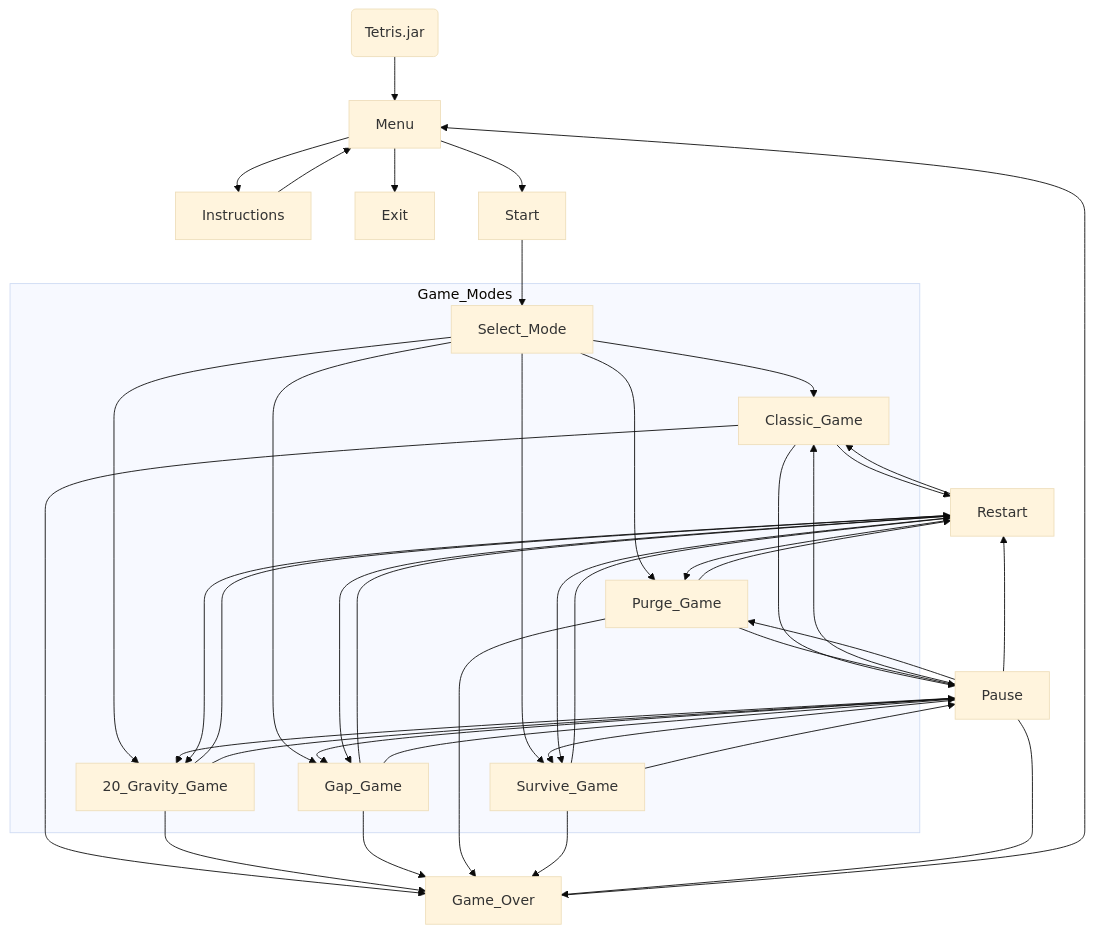
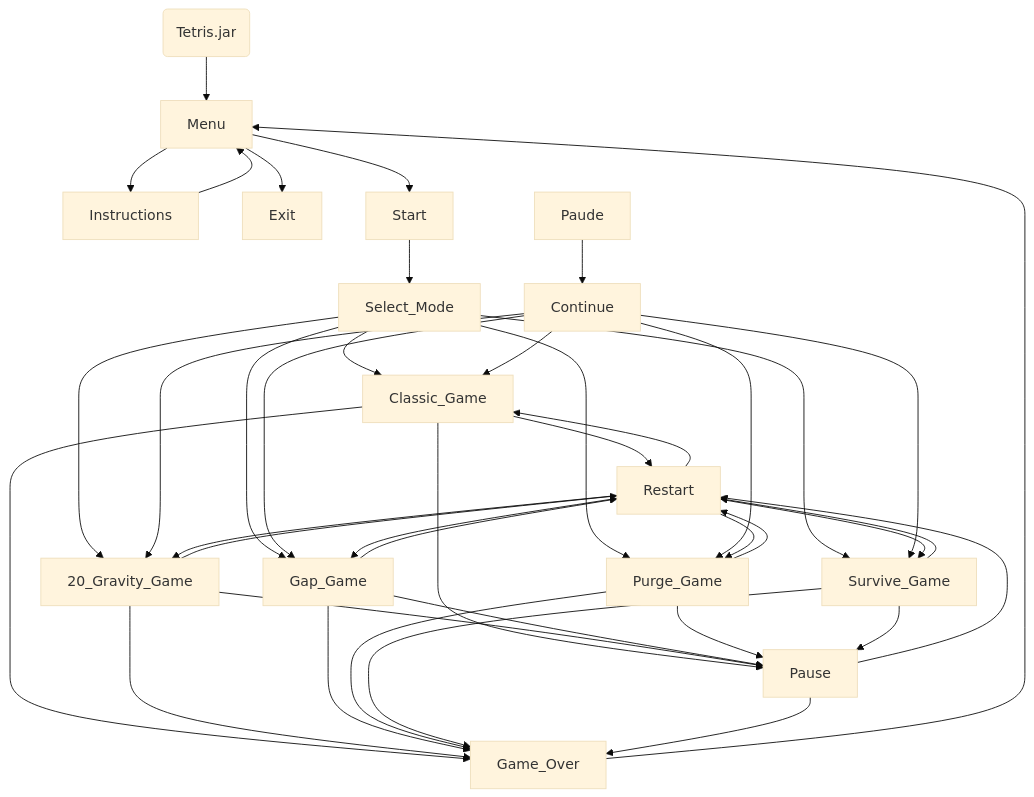
Before and after one commit to sheng-luen-chung/JAVA_11302_Project: the second of 3 diagrams in README.md, drawn with Mermaid (base theme).

````diff
--- a/README.md
+++ b/README.md
@@ -534,51 +534,55 @@
 ```mermaid
  flowchart TD
     Execute(Tetris.jar)
     Execute --> Menu
     Menu --> Instructions
     Menu --> Exit
     Instructions --> Menu
     Menu --> Start
 
     Start --> Select_Mode
 
-    subgraph Game_Modes
-        Select_Mode --> Classic_Game
-        Select_Mode --> Purge_Game
-        Select_Mode --> Survive_Game
-        Select_Mode --> 20_Gravity_Game
-        Select_Mode --> Gap_Game
-    end
+    Select_Mode --> Classic_Game
+    Select_Mode --> Purge_Game
+    Select_Mode --> Survive_Game
+    Select_Mode --> 20_Gravity_Game
+    Select_Mode --> Gap_Game
 
     Classic_Game --> Game_Over
     Classic_Game --> Restart
     Classic_Game --> Pause
+
     20_Gravity_Game --> Game_Over
     20_Gravity_Game --> Restart
     20_Gravity_Game --> Pause
+
     Gap_Game --> Game_Over
     Gap_Game --> Restart
     Gap_Game --> Pause
+
     Purge_Game --> Game_Over
     Purge_Game --> Restart
     Purge_Game --> Pause
+
     Survive_Game --> Restart
     Survive_Game --> Game_Over        
     Survive_Game --> Pause
 
     Pause --> Game_Over
     Pause --> Restart
-    Pause --> Classic_Game 
-    Pause --> Purge_Game
-    Pause --> Survive_Game
-    Pause --> 20_Gravity_Game
-    Pause --> Gap_Game
+    Paude --> Continue
+
+    Continue --> Classic_Game 
+    Continue --> Purge_Game
+    Continue --> Survive_Game
+    Continue --> 20_Gravity_Game
+    Continue --> Gap_Game
 
     Game_Over --> Menu
 
     Restart --> Classic_Game 
     Restart --> Purge_Game
     Restart --> Survive_Game
     Restart --> 20_Gravity_Game
     Restart --> Gap_Game
 ```
````
